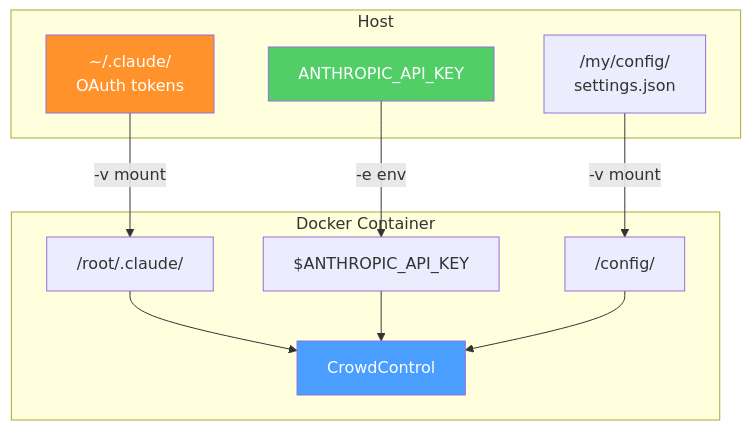
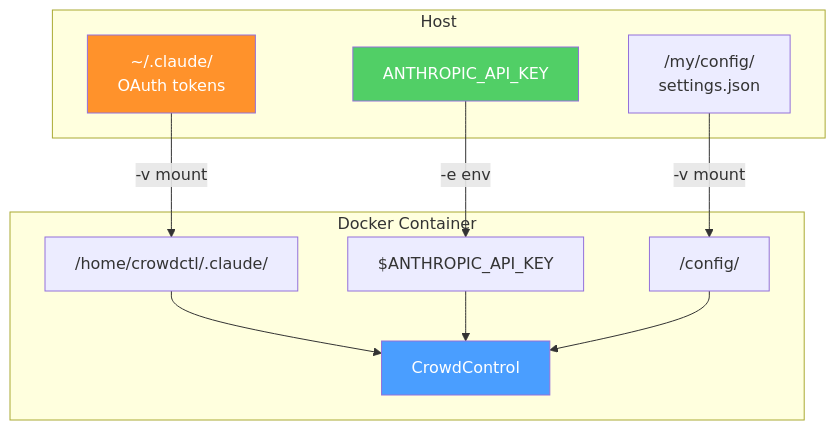
One commit to nyo16/CrowdControl changed the third of 11 diagrams in README.md. Above: the diagram before and after it, drawn with Mermaid. The commit also changed other lines of this file and 1 other file, not shown here.

````diff
--- a/README.md
+++ b/README.md
@@ -403,26 +406,26 @@
 ```mermaid
 graph TD
     subgraph Host
         KEY["~/.claude/<br/>OAuth tokens"]
         API["ANTHROPIC_API_KEY"]
         CFG["/my/config/<br/>settings.json"]
     end
 
     subgraph Docker Container
-        ROOT["/root/.claude/"]
+        ROOT["/home/crowdctl/.claude/"]
         ENV["$ANTHROPIC_API_KEY"]
         CONF["/config/"]
         CC[CrowdControl]
     end
 
     KEY -->|"-v mount"| ROOT
     API -->|"-e env"| ENV
     CFG -->|"-v mount"| CONF
     ROOT --> CC
     ENV --> CC
     CONF --> CC
 
     style CC fill:#4a9eff,color:#fff
     style KEY fill:#ff922b,color:#fff
     style API fill:#51cf66,color:#fff
 ```
````
